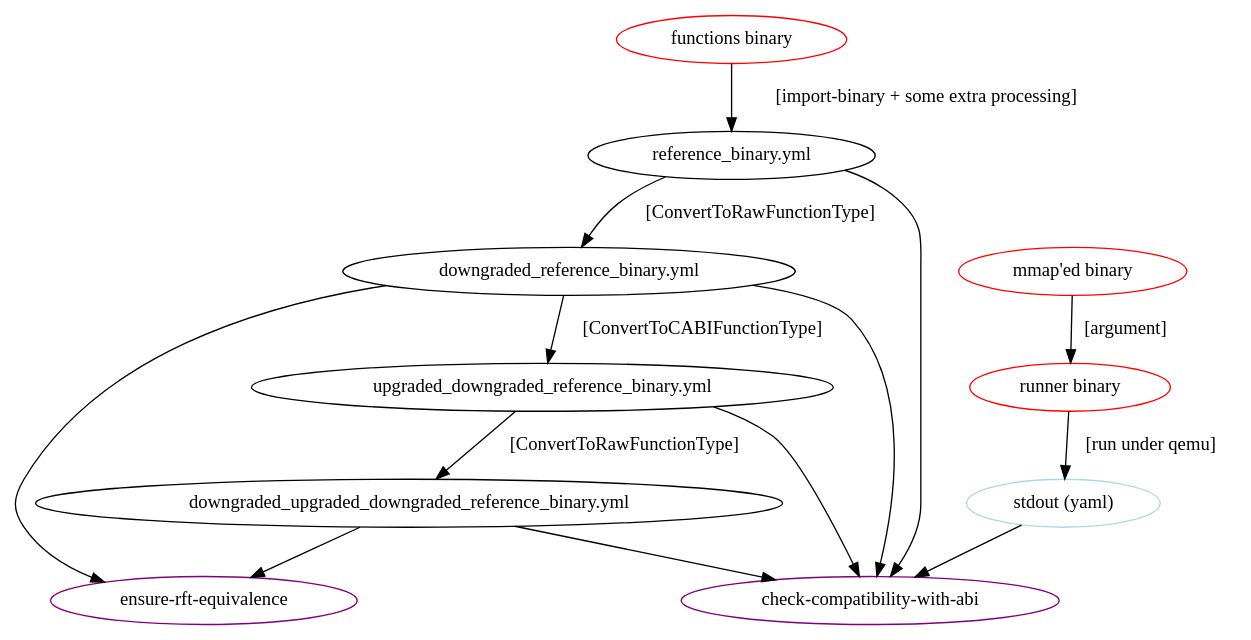
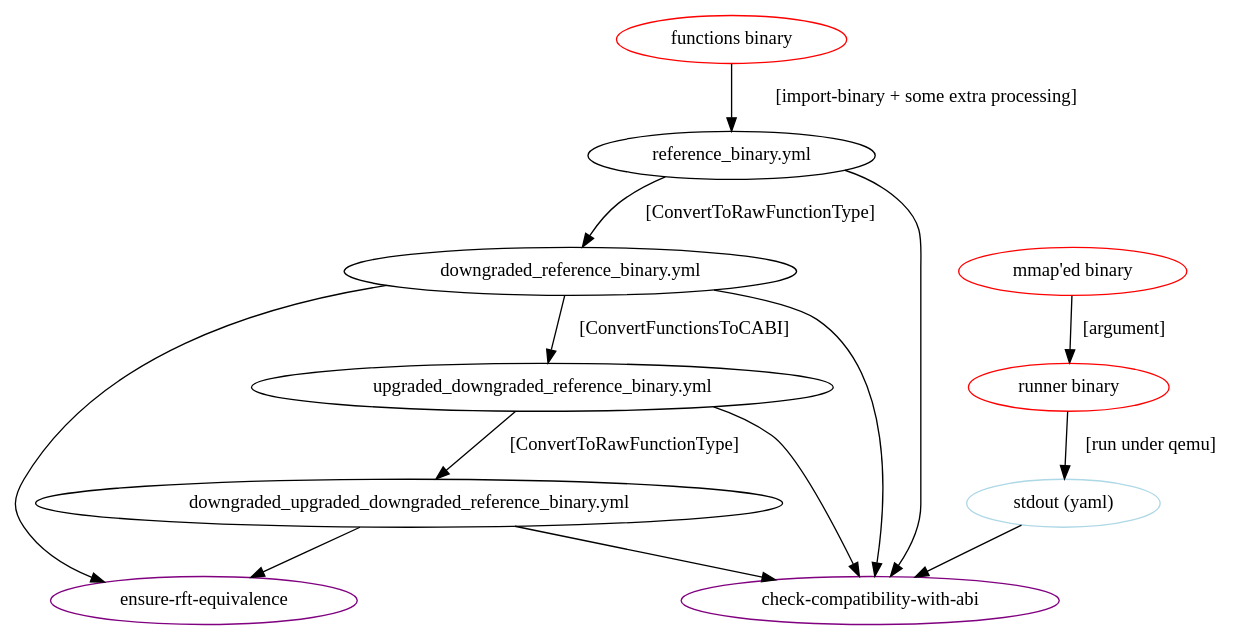
Before and after one commit to revng/revng: the second of 2 diagrams in share/revng/test/tests/abi/README.md, drawn with Graphviz. The commit also changed other lines of this file and 4 other files, not shown here.

Commit message:
s/ToCABIFunctionType/FunctionsToCABI/s

````diff
--- a/share/revng/test/tests/abi/README.md
+++ b/share/revng/test/tests/abi/README.md
@@ -56,28 +56,28 @@
 ```graphviz
 strict digraph {
     "functions binary" [color=red]
     "mmap'ed binary" [color=red]
     "runner binary" [color=red]
 
     "functions binary" -> "reference_binary.yml" [label="[import-binary + some extra processing]"]
     "reference_binary.yml" -> "downgraded_reference_binary.yml" [label="[ConvertToRawFunctionType]"]
-    "downgraded_reference_binary.yml" -> "upgraded_downgraded_reference_binary.yml" [label="[ConvertToCABIFunctionType]"]
+    "downgraded_reference_binary.yml" -> "upgraded_downgraded_reference_binary.yml" [label="[ConvertFunctionsToCABI]"]
     "upgraded_downgraded_reference_binary.yml" -> "downgraded_upgraded_downgraded_reference_binary.yml" [label="[ConvertToRawFunctionType]"]
 
     "runner binary" -> "stdout (yaml)" [label="[run under qemu]"]
     "mmap'ed binary" -> "runner binary" [label="[argument]"]
 
     "check-compatibility-with-abi" [color=purple]
     "reference_binary.yml" -> "check-compatibility-with-abi"
     "downgraded_reference_binary.yml" -> "check-compatibility-with-abi"
     "upgraded_downgraded_reference_binary.yml" -> "check-compatibility-with-abi"
     "downgraded_upgraded_downgraded_reference_binary.yml" -> "check-compatibility-with-abi"
     "stdout (yaml)" -> "check-compatibility-with-abi"
 
     "ensure-rft-equivalence" [color=purple]
     "downgraded_reference_binary.yml" -> "ensure-rft-equivalence"
     "downgraded_upgraded_downgraded_reference_binary.yml" -> "ensure-rft-equivalence"
 
     "stdout (yaml)" [color=lightblue]
 }
 ```
````
